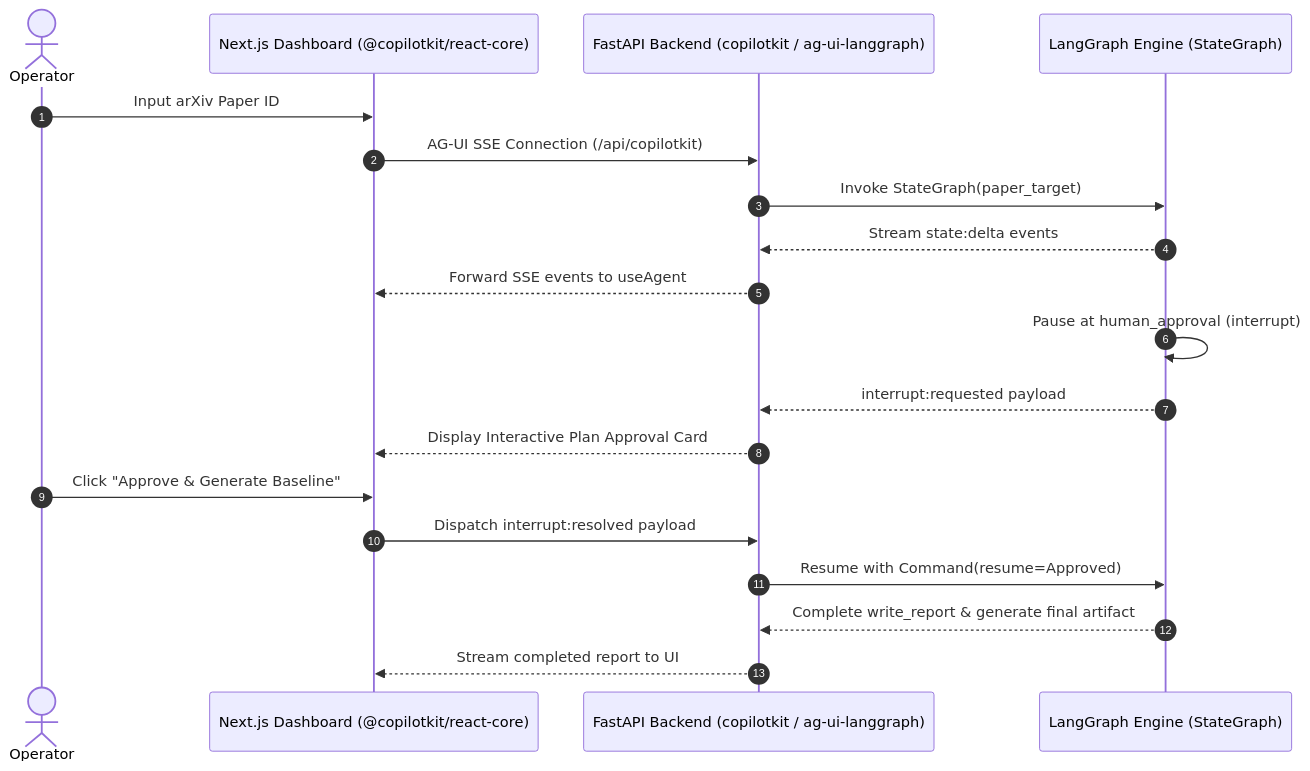
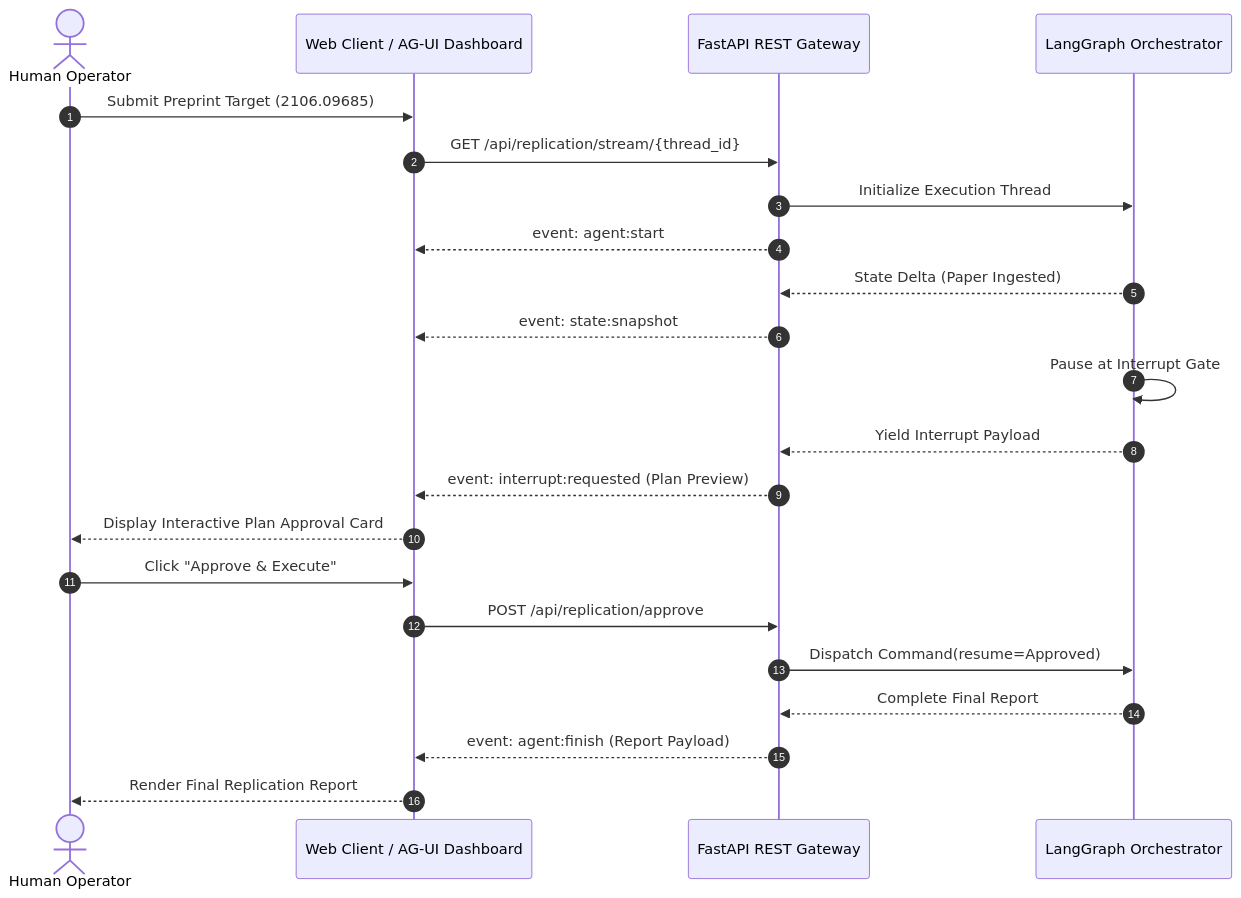
One commit to riri-05/zero-gaze changed the diagram in docs/05-agent-ui-agui-lego/README.md. Above: the diagram before and after it, drawn with Mermaid. The commit also changed other lines of this file and 9 other files, not shown here.

Commit message:
docs: complete architectural makeover, remove roadmaps, and add .env.example

````diff
--- a/docs/05-agent-ui-agui-lego/README.md
+++ b/docs/05-agent-ui-agui-lego/README.md
@@ -11,22 +12,25 @@
 ```mermaid
 sequenceDiagram
     autonumber
-    actor User as Operator
-    participant UI as Next.js Dashboard (@copilotkit/react-core)
-    participant API as FastAPI Backend (copilotkit / ag-ui-langgraph)
-    participant Graph as LangGraph Engine (StateGraph)
+    actor Operator as Human Operator
+    participant Client as Web Client / AG-UI Dashboard
+    participant API as FastAPI REST Gateway
+    participant Graph as LangGraph Orchestrator
 
-    User->>UI: Input arXiv Paper ID
-    UI->>API: AG-UI SSE Connection (/api/copilotkit)
-    API->>Graph: Invoke StateGraph(paper_target)
-    Graph-->>API: Stream state:delta events
-    API-->>UI: Forward SSE events to useAgent
-    Graph->>Graph: Pause at human_approval (interrupt)
-    Graph-->>API: interrupt:requested payload
-    API-->>UI: Display Interactive Plan Approval Card
-    User->>UI: Click "Approve & Generate Baseline"
-    UI->>API: Dispatch interrupt:resolved payload
-    API->>Graph: Resume with Command(resume=Approved)
-    Graph-->>API: Complete write_report & generate final artifact
-    API-->>UI: Stream completed report to UI
+    Operator->>Client: Submit Preprint Target (2106.09685)
+    Client->>API: GET /api/replication/stream/{thread_id}
+    API->>Graph: Initialize Execution Thread
+    API-->>Client: event: agent:start
+    Graph-->>API: State Delta (Paper Ingested)
+    API-->>Client: event: state:snapshot
+    Graph->>Graph: Pause at Interrupt Gate
+    Graph-->>API: Yield Interrupt Payload
+    API-->>Client: event: interrupt:requested (Plan Preview)
+    Client-->>Operator: Display Interactive Plan Approval Card
+    Operator->>Client: Click "Approve & Execute"
+    Client->>API: POST /api/replication/approve
+    API->>Graph: Dispatch Command(resume=Approved)
+    Graph-->>API: Complete Final Report
+    API-->>Client: event: agent:finish (Report Payload)
+    Client-->>Operator: Render Final Replication Report
 ```
````
